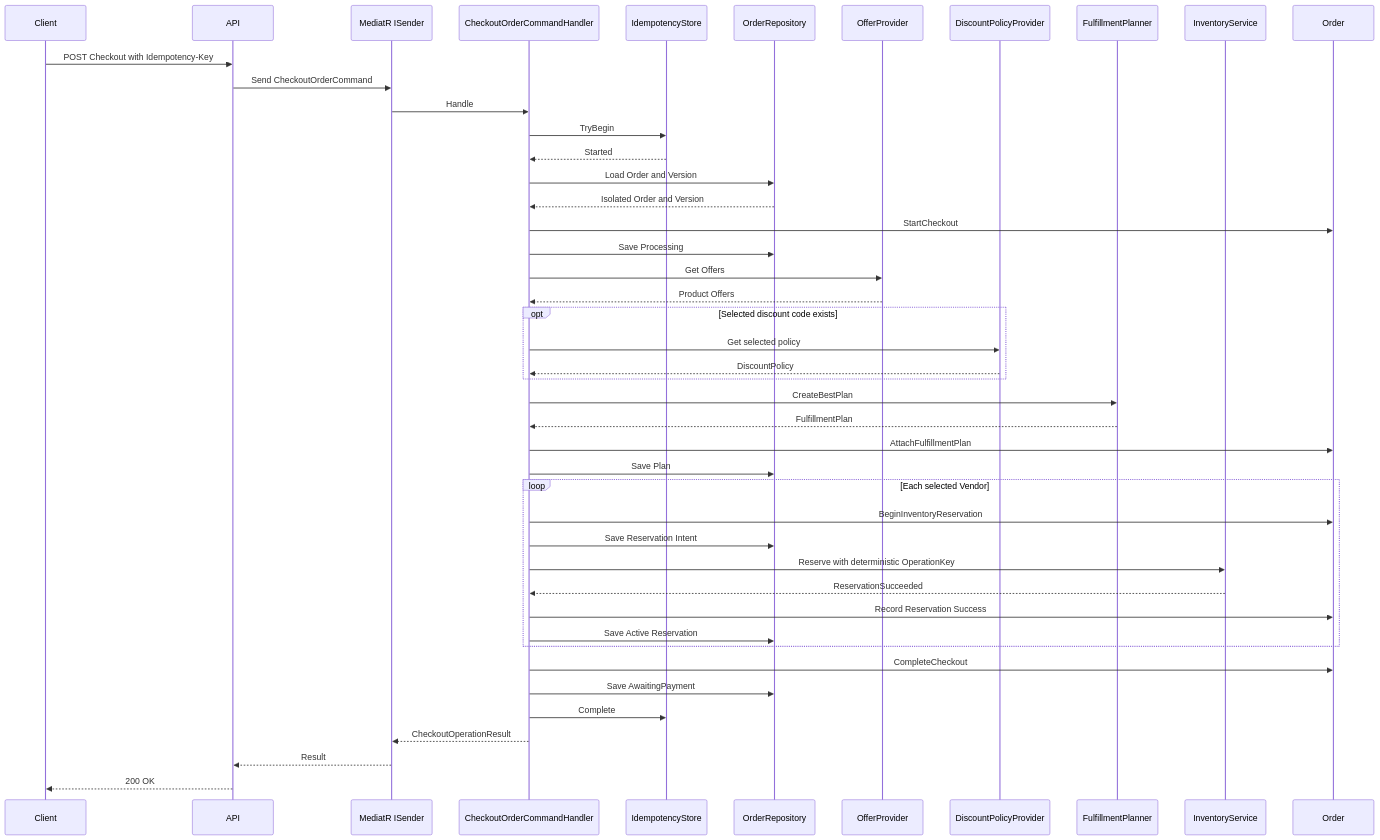
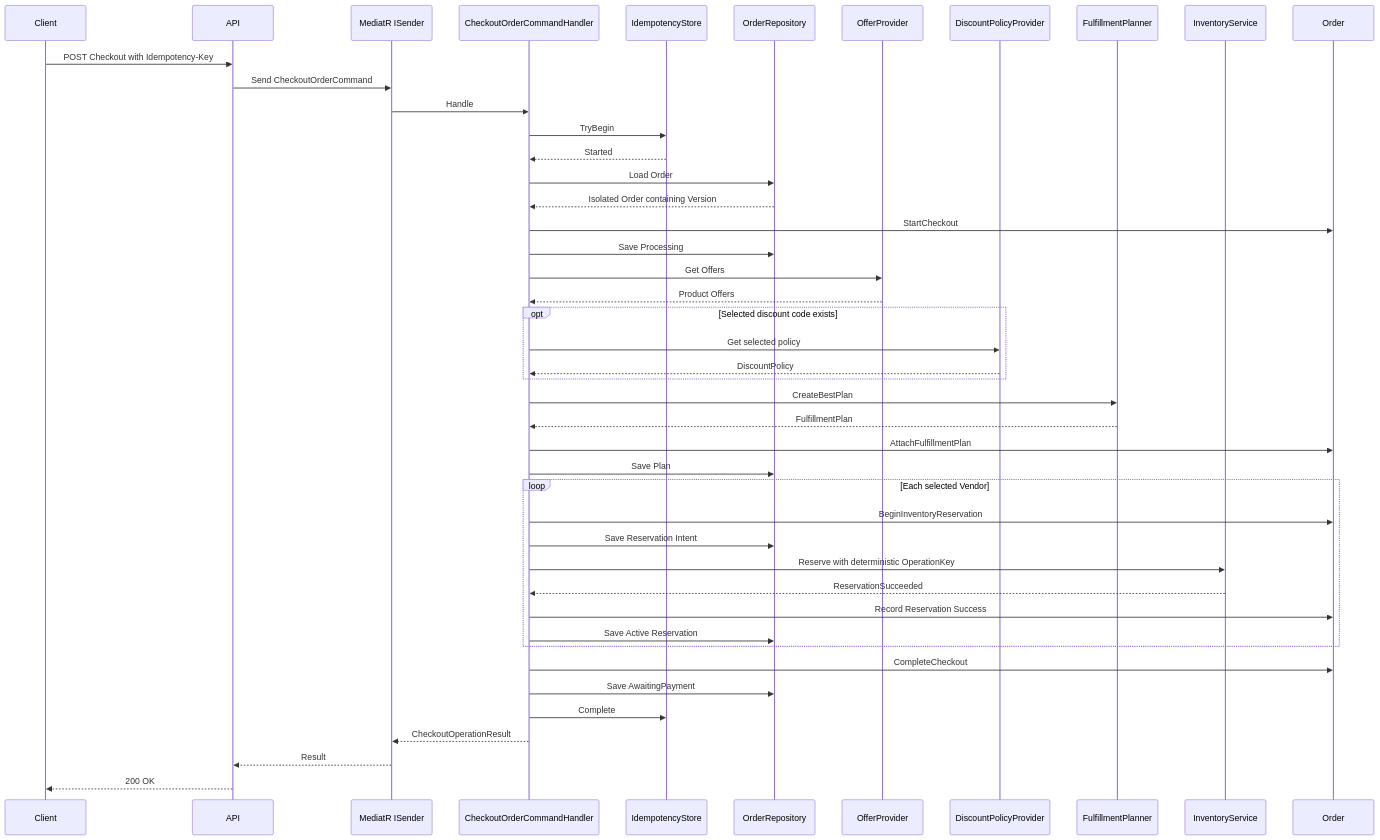
One commit to erfanehsrchl/MarketplaceOrdering changed the fifth of 10 diagrams in README.md. Above: the diagram before and after it, drawn with Mermaid. The commit also changed other lines of this file and 39 other files, not shown here.

First line of the commit message:
Refactor InMemoryOrderRepository to use OrderPersistenceSnapshot and remove StoredOrder

````diff
--- a/README.md
+++ b/README.md
@@ -190,50 +190,50 @@
 ```mermaid
 sequenceDiagram
     participant Client
     participant API
     participant Sender as MediatR ISender
     participant Handler as CheckoutOrderCommandHandler
     participant Idempotency as IdempotencyStore
     participant Repository as OrderRepository
     participant Offers as OfferProvider
     participant Discounts as DiscountPolicyProvider
     participant Planner as FulfillmentPlanner
     participant Inventory as InventoryService
     participant Order
 
     Client->>API: POST Checkout with Idempotency-Key
     API->>Sender: Send CheckoutOrderCommand
     Sender->>Handler: Handle
     Handler->>Idempotency: TryBegin
     Idempotency-->>Handler: Started
-    Handler->>Repository: Load Order and Version
-    Repository-->>Handler: Isolated Order and Version
+    Handler->>Repository: Load Order
+    Repository-->>Handler: Isolated Order containing Version
     Handler->>Order: StartCheckout
     Handler->>Repository: Save Processing
     Handler->>Offers: Get Offers
     Offers-->>Handler: Product Offers
     opt Selected discount code exists
         Handler->>Discounts: Get selected policy
         Discounts-->>Handler: DiscountPolicy
     end
     Handler->>Planner: CreateBestPlan
     Planner-->>Handler: FulfillmentPlan
     Handler->>Order: AttachFulfillmentPlan
     Handler->>Repository: Save Plan
 
     loop Each selected Vendor
         Handler->>Order: BeginInventoryReservation
         Handler->>Repository: Save Reservation Intent
         Handler->>Inventory: Reserve with deterministic OperationKey
         Inventory-->>Handler: ReservationSucceeded
         Handler->>Order: Record Reservation Success
         Handler->>Repository: Save Active Reservation
     end
 
     Handler->>Order: CompleteCheckout
     Handler->>Repository: Save AwaitingPayment
     Handler->>Idempotency: Complete
     Handler-->>Sender: CheckoutOperationResult
     Sender-->>API: Result
     API-->>Client: 200 OK
 ```
````
